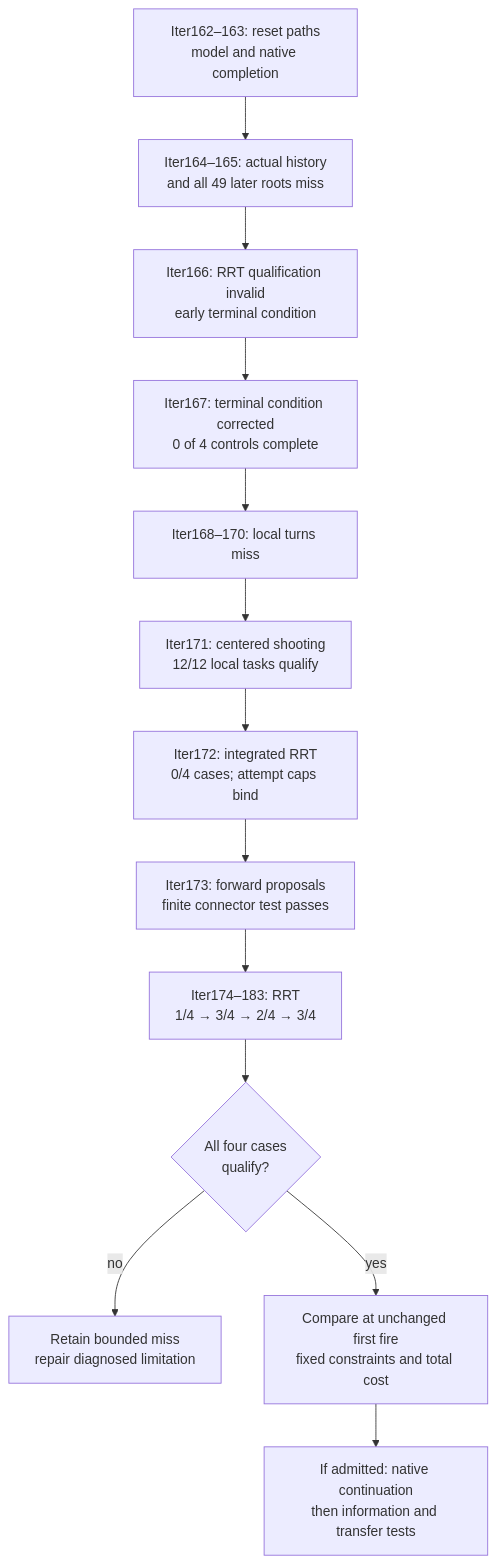
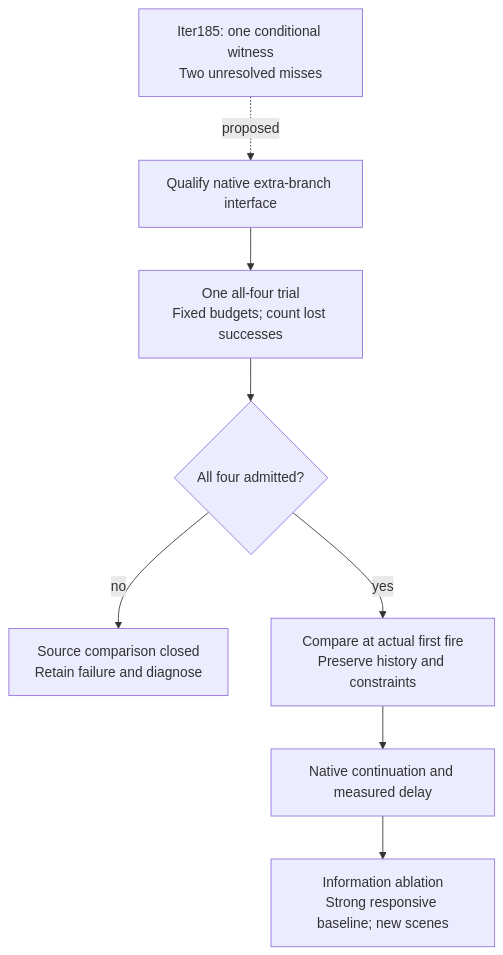
Before and after one commit to manfromnowhere143/sentinel: the third of 3 diagrams in README.md, drawn with Mermaid. The commit also changed other lines of this file and 8 other files, not shown here.

Commit message:
Present the complete Sentinel research record and prospective branch-retention test

````diff
--- a/README.md
+++ b/README.md
@@ -1120,17 +1129,12 @@
 ```mermaid
 flowchart TB
-  accTitle: Separate search competence from intervention timing
-  accDescr: Finite source misses and failed adapter qualification do not prove unrecoverability.
-  S["Iter162–163: reset paths<br/>model and native completion"] --> B["Iter164–165: actual history<br/>and all 49 later roots miss"]
-  B --> Q["Iter166: RRT qualification invalid<br/>early terminal condition"]
-  Q --> C["Iter167: terminal condition corrected<br/>0 of 4 controls complete"]
-  C --> D["Iter168–170: local turns miss"]
-  D --> E["Iter171: centered shooting<br/>12/12 local tasks qualify"]
-  E --> F["Iter172: integrated RRT<br/>0/4 cases; attempt caps bind"]
-  F --> P["Iter173: forward proposals<br/>finite connector test passes"]
-  P --> U["Iter174–183: RRT<br/>1/4 → 3/4 → 2/4 → 3/4"]
-  U --> A{"All four cases<br/>qualify?"}
-  A -- "no" --> N["Retain bounded miss<br/>repair diagnosed limitation"]
-  A -- "yes" --> R["Compare at unchanged first fire<br/>fixed constraints and total cost"]
-  R --> W["If admitted: native continuation<br/>then information and transfer tests"]
+  accTitle: From a conditional opportunity to useful intervention
+  accDescr: The current audit does not bypass integrated qualification, actual-history execution or measured delay.
+  W["Iter185: one conditional witness<br/>Two unresolved misses"] -. "proposed" .-> N["Qualify native extra-branch interface"]
+  N --> T["One all-four trial<br/>Fixed budgets; count lost successes"]
+  T --> G{"All four admitted?"}
+  G -- "no" --> F["Source comparison closed<br/>Retain failure and diagnose"]
+  G -- "yes" --> H["Compare at actual first fire<br/>Preserve history and constraints"]
+  H --> R["Native continuation and measured delay"]
+  R --> I["Information ablation<br/>Strong responsive baseline; new scenes"]
 ```
````
